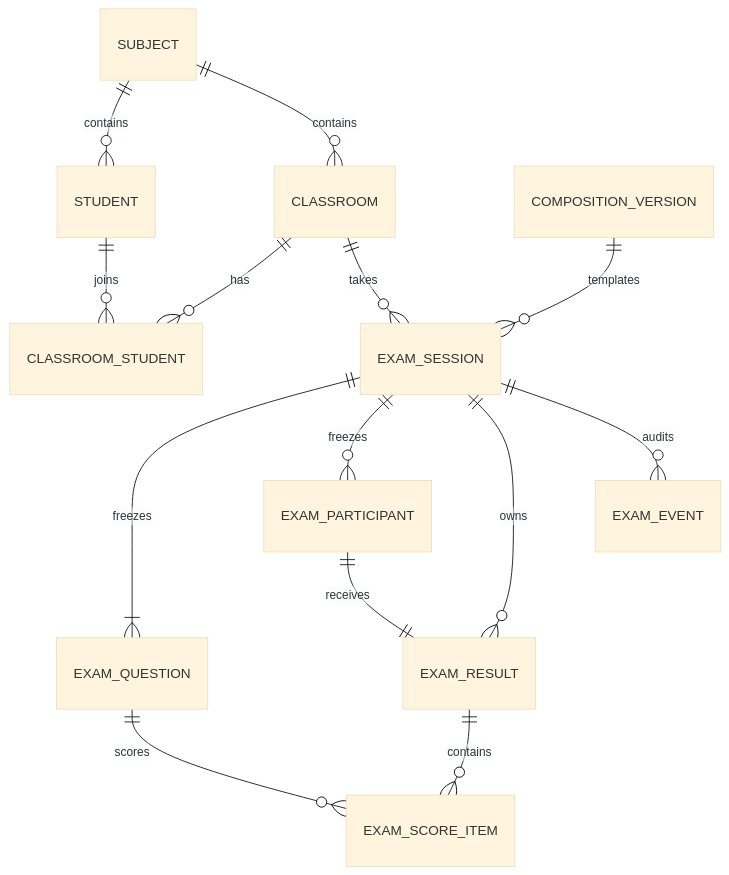
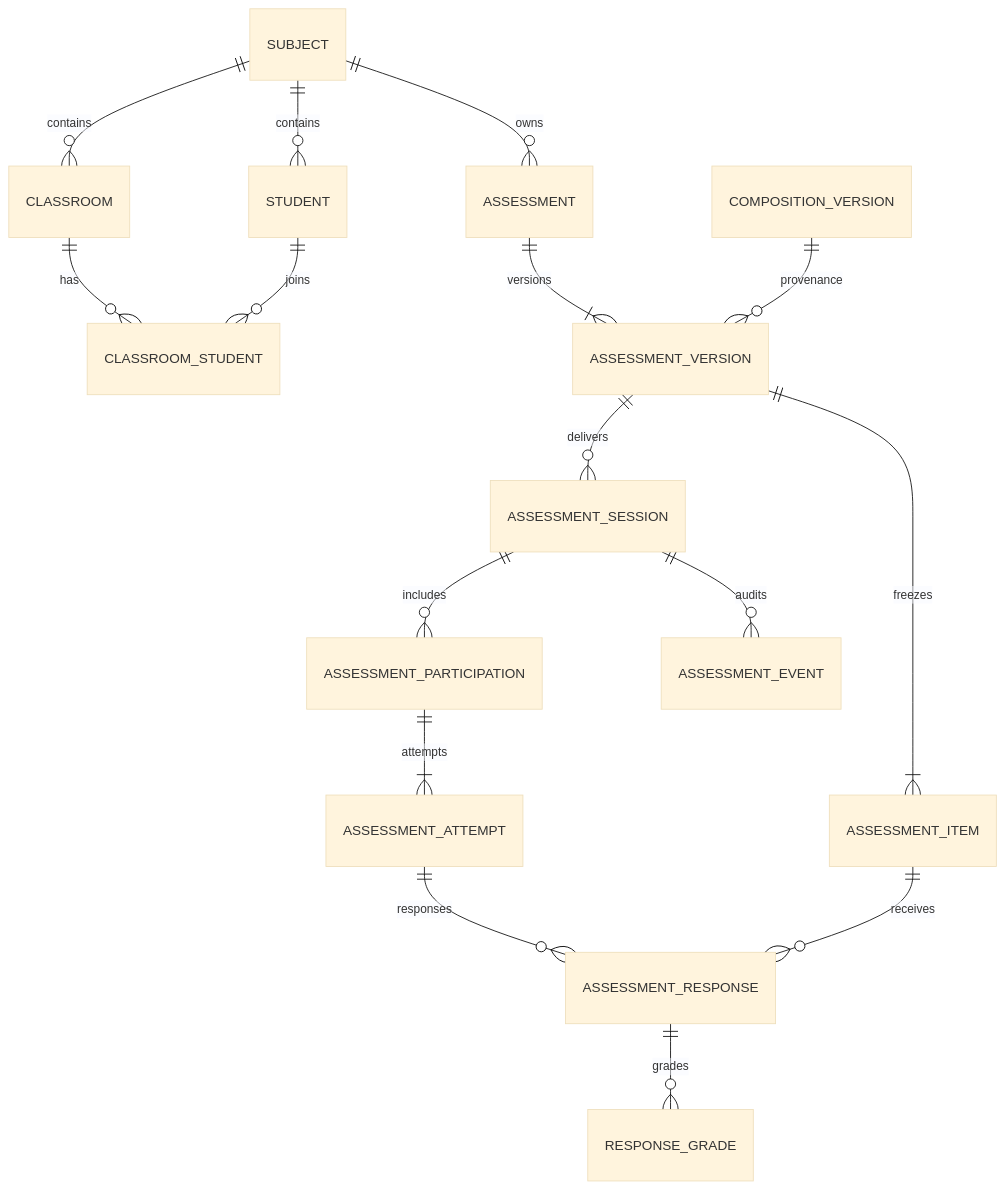
The diagram in docs/specs/assessment-gradebook-handoff.md (gygy-open/question-bank), drawn with Mermaid (base theme) before and after one commit. The commit also changed other lines of this file and 28 other files, not shown here.

````diff
--- a/docs/specs/assessment-gradebook-handoff.md
+++ b/docs/specs/assessment-gradebook-handoff.md
@@ -106,16 +23,18 @@
 ```mermaid
 erDiagram
     SUBJECT ||--o{ STUDENT : contains
     SUBJECT ||--o{ CLASSROOM : contains
     CLASSROOM ||--o{ CLASSROOM_STUDENT : has
     STUDENT ||--o{ CLASSROOM_STUDENT : joins
-    COMPOSITION_VERSION ||--o{ EXAM_SESSION : templates
-    CLASSROOM ||--o{ EXAM_SESSION : takes
-    EXAM_SESSION ||--|{ EXAM_QUESTION : freezes
-    EXAM_SESSION ||--o{ EXAM_PARTICIPANT : freezes
-    EXAM_SESSION ||--o{ EXAM_RESULT : owns
-    EXAM_PARTICIPANT ||--|| EXAM_RESULT : receives
-    EXAM_RESULT ||--o{ EXAM_SCORE_ITEM : contains
-    EXAM_QUESTION ||--o{ EXAM_SCORE_ITEM : scores
-    EXAM_SESSION ||--o{ EXAM_EVENT : audits
+    SUBJECT ||--o{ ASSESSMENT : owns
+    ASSESSMENT ||--|{ ASSESSMENT_VERSION : versions
+    COMPOSITION_VERSION ||--o{ ASSESSMENT_VERSION : provenance
+    ASSESSMENT_VERSION ||--|{ ASSESSMENT_ITEM : freezes
+    ASSESSMENT_VERSION ||--o{ ASSESSMENT_SESSION : delivers
+    ASSESSMENT_SESSION ||--o{ ASSESSMENT_PARTICIPATION : includes
+    ASSESSMENT_PARTICIPATION ||--|{ ASSESSMENT_ATTEMPT : attempts
+    ASSESSMENT_ATTEMPT ||--o{ ASSESSMENT_RESPONSE : responses
+    ASSESSMENT_ITEM ||--o{ ASSESSMENT_RESPONSE : receives
+    ASSESSMENT_RESPONSE ||--o{ RESPONSE_GRADE : grades
+    ASSESSMENT_SESSION ||--o{ ASSESSMENT_EVENT : audits
 ```
````
